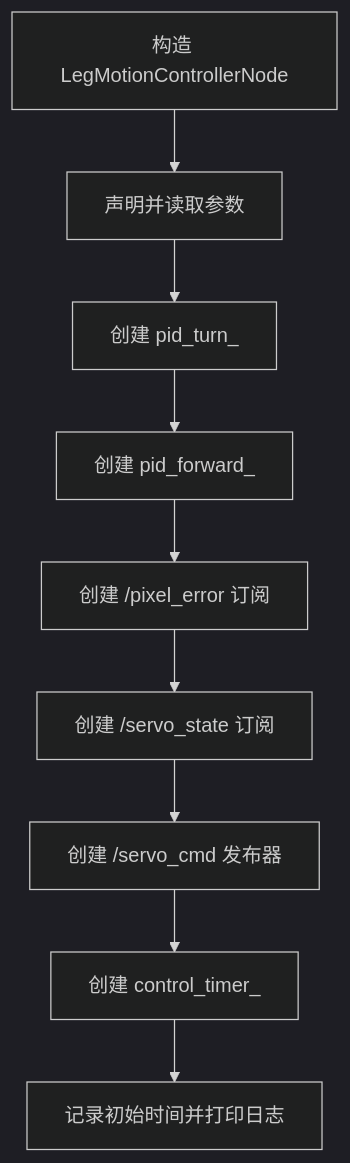
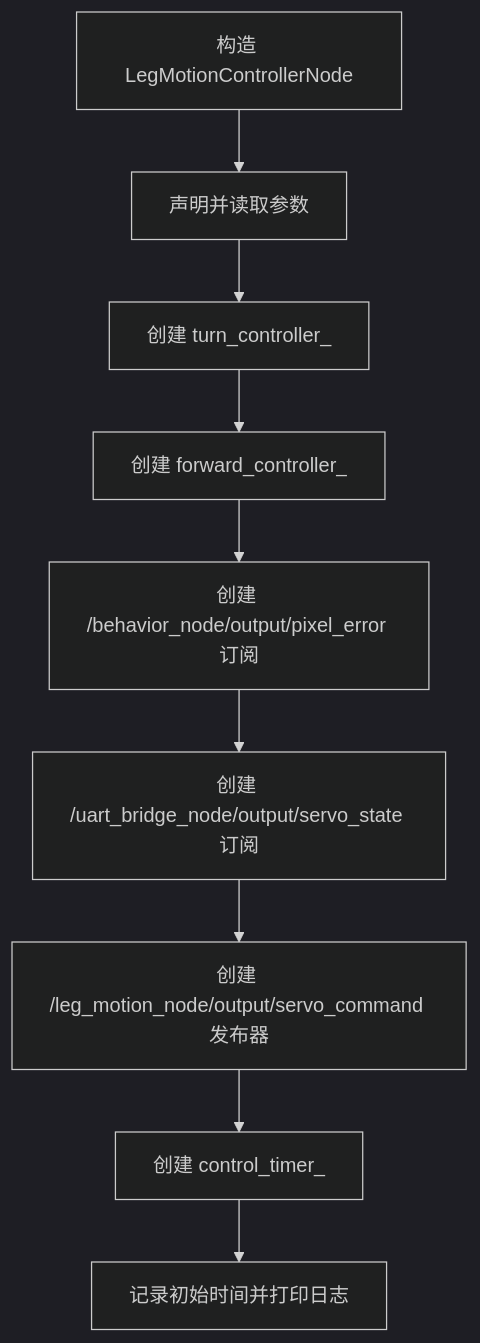
Before and after one commit to PT233/dog_dev: the first of 2 diagrams in docs/visual_servo_node/leg_motion_node_code_doc.md, drawn with Mermaid (dark theme). The commit also changed other lines of this file and 322 other files, not shown here.

````diff
--- a/docs/visual_servo_node/leg_motion_node_code_doc.md
+++ b/docs/visual_servo_node/leg_motion_node_code_doc.md
@@ -327,11 +325,11 @@
 ```mermaid
 flowchart TD
     A[构造 LegMotionControllerNode] --> B[声明并读取参数]
-    B --> C[创建 pid_turn_]
-    C --> D[创建 pid_forward_]
-    D --> E[创建 /pixel_error 订阅]
-    E --> F[创建 /servo_state 订阅]
-    F --> G[创建 /servo_cmd 发布器]
+    B --> C[创建 turn_controller_]
+    C --> D[创建 forward_controller_]
+    D --> E[创建 /behavior_node/output/pixel_error 订阅]
+    E --> F[创建 /uart_bridge_node/output/servo_state 订阅]
+    F --> G[创建 /leg_motion_node/output/servo_command 发布器]
     G --> H[创建 control_timer_]
     H --> I[记录初始时间并打印日志]
 ```
````
